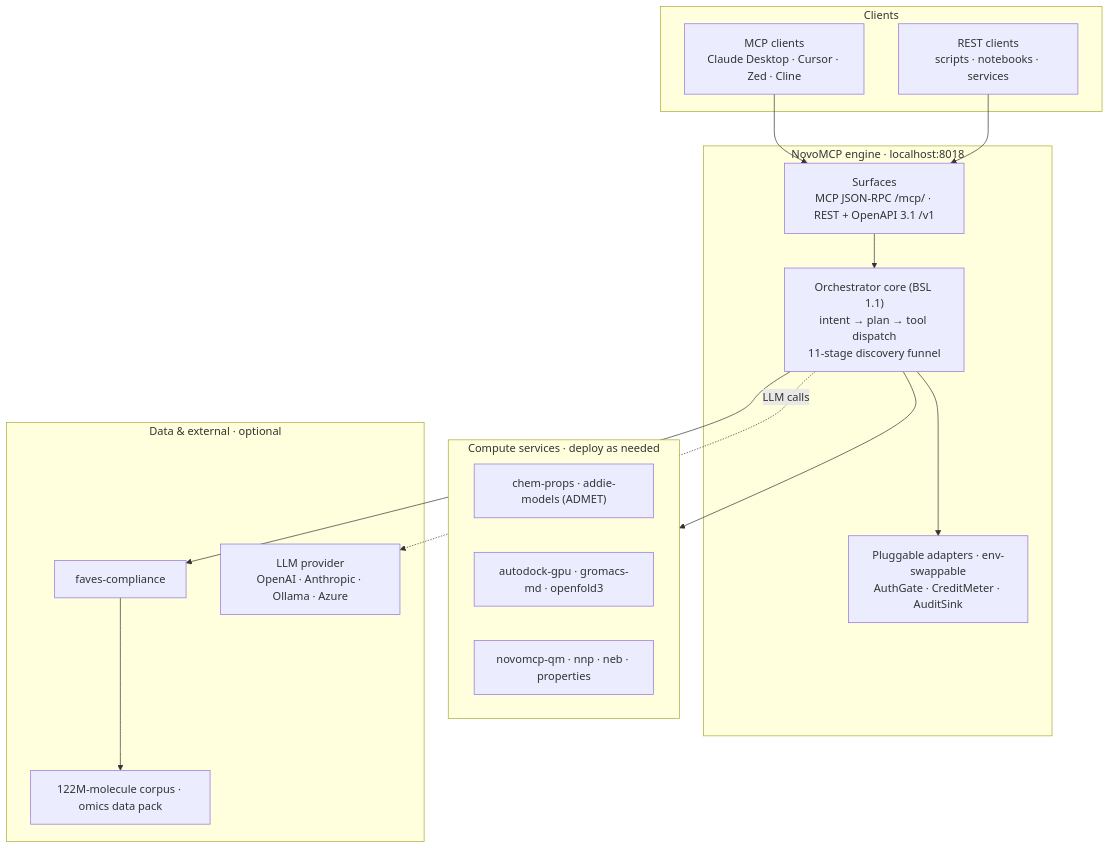
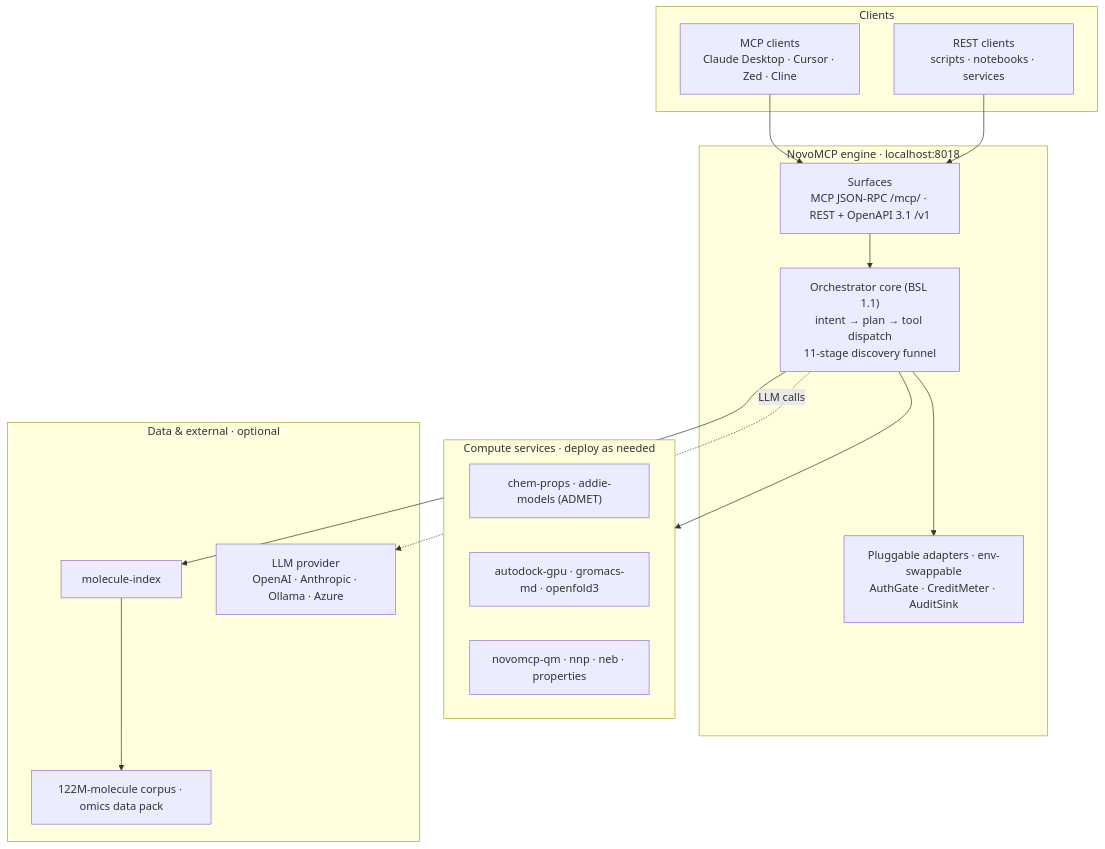
Before and after one commit to NovoMCP/novomcp: the diagram in docs/architecture.md, drawn with Mermaid. The commit also changed other lines of this file and 54 other files, not shown here.

````diff
--- a/docs/architecture.md
+++ b/docs/architecture.md
@@ -7,34 +7,34 @@
 ```mermaid
 flowchart TB
     subgraph clients["Clients"]
         C1["MCP clients<br/>Claude Desktop · Cursor · Zed · Cline"]
         C2["REST clients<br/>scripts · notebooks · services"]
     end
 
     subgraph engine["NovoMCP engine · localhost:8018"]
         S["Surfaces<br/>MCP JSON-RPC /mcp/ · REST + OpenAPI 3.1 /v1"]
         K["Orchestrator core (BSL 1.1)<br/>intent → plan → tool dispatch<br/>11-stage discovery funnel"]
         A["Pluggable adapters · env-swappable<br/>AuthGate · CreditMeter · AuditSink"]
     end
 
     subgraph compute["Compute services · deploy as needed"]
         M1["chem-props · addie-models (ADMET)"]
         M2["autodock-gpu · gromacs-md · openfold3"]
         M3["novomcp-qm · nnp · neb · properties"]
     end
 
     subgraph ext["Data & external · optional"]
-        F["faves-compliance"]
+        F["molecule-index"]
         D["122M-molecule corpus · omics data pack"]
         L["LLM provider<br/>OpenAI · Anthropic · Ollama · Azure"]
     end
 
     C1 --> S
     C2 --> S
     S --> K
     K --> A
     K --> compute
     K --> F
     F --> D
     K -.->|LLM calls| L
 ```
````
